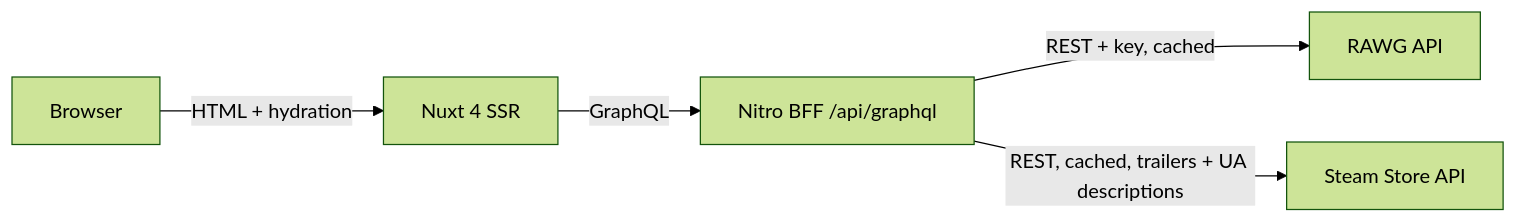
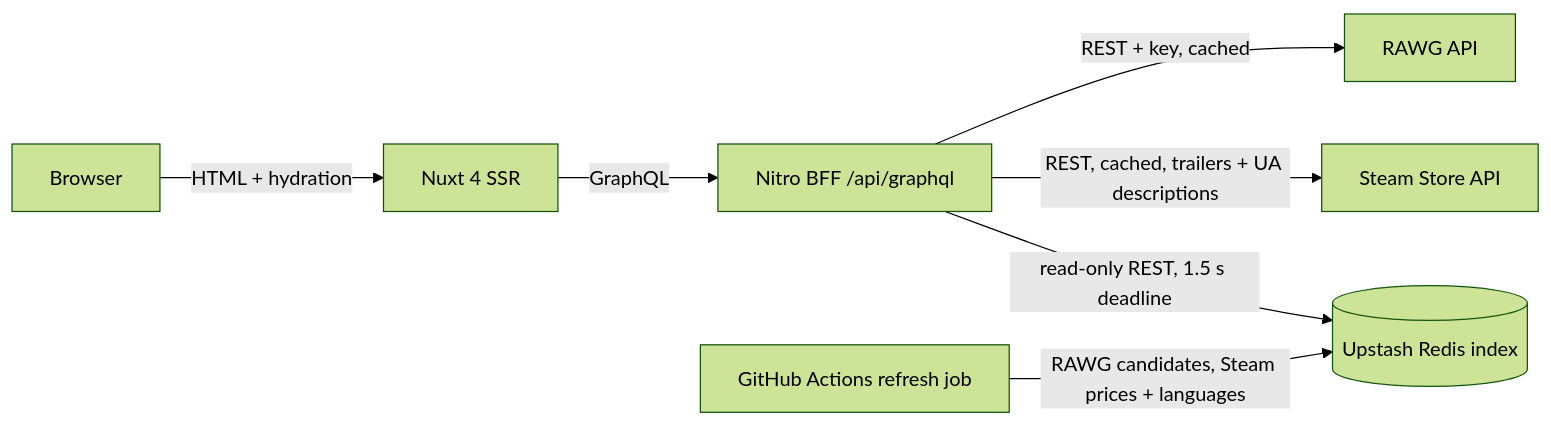
The diagram in README.md (Sennjen/gg-stay), drawn with Mermaid (forest theme) before and after one commit. The commit also changed other lines of this file and 7 other files, not shown here.

````diff
--- a/README.md
+++ b/README.md
@@ -27,7 +32,9 @@
 ```mermaid
 flowchart LR
   B[Browser] -->|HTML + hydration| N[Nuxt 4 SSR]
   N -->|GraphQL| G[Nitro BFF /api/graphql]
   G -->|REST + key, cached| R[RAWG API]
   G -->|REST, cached, trailers + UA descriptions| S[Steam Store API]
+  G -->|read-only REST, 1.5 s deadline| I[(Upstash Redis index)]
+  J[GitHub Actions refresh job] -->|RAWG candidates, Steam prices + languages| I
 ```
````
